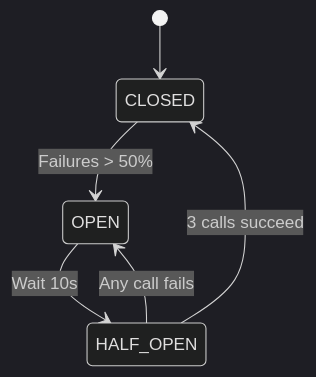
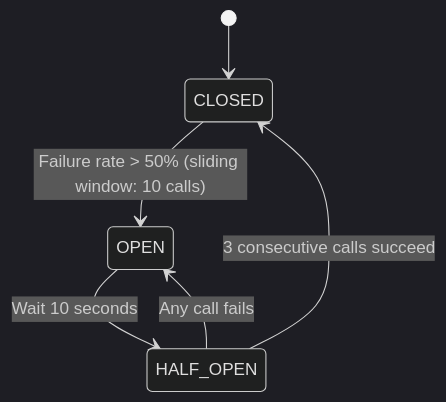
Before and after one commit to sergio11/training_platform_poc_spring_microservices: the fifth of 7 diagrams in README.md, drawn with Mermaid (dark theme). The commit also changed other lines of this file, not shown here.

````diff
--- a/README.md
+++ b/README.md
@@ -388,8 +337,8 @@
 ```mermaid
 stateDiagram-v2
     [*] --> CLOSED
-    CLOSED --> OPEN: Failures > 50%
-    OPEN --> HALF_OPEN: Wait 10s
-    HALF_OPEN --> CLOSED: 3 calls succeed
+    CLOSED --> OPEN: Failure rate > 50% (sliding window: 10 calls)
+    OPEN --> HALF_OPEN: Wait 10 seconds
+    HALF_OPEN --> CLOSED: 3 consecutive calls succeed
     HALF_OPEN --> OPEN: Any call fails
 ```
````
